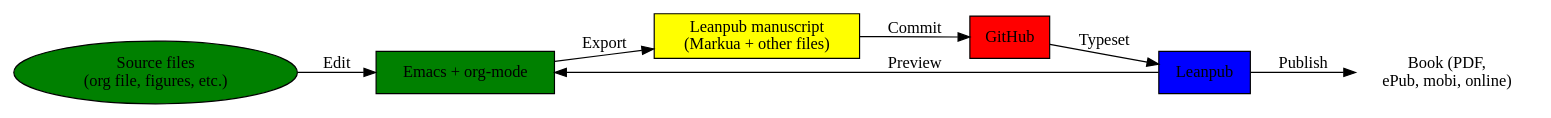
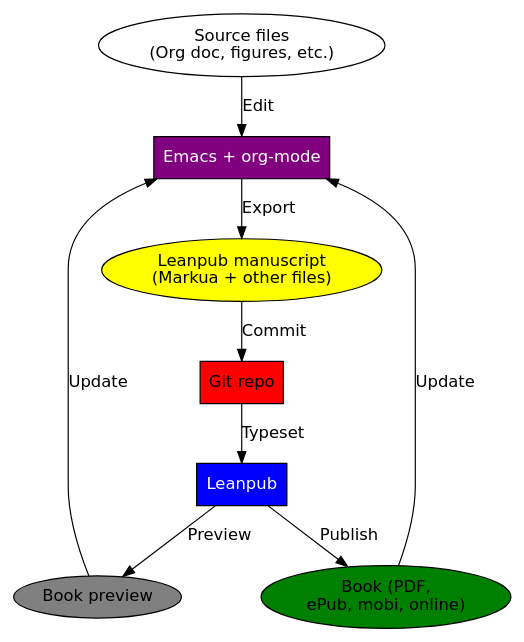
Before and after one commit to zzamboni/emacs-org-leanpub: the diagram in book.org, drawn with Graphviz. The commit also changed other lines of this file and 2 other files, not shown here.

Commit message:
Improved diagram and included its source code
The diagram acts as an excellent example of the power of Org to
evaluate code on the fly. Still not sure whether to leave it here or
move it to an appendix and just add a reference. Let's see how it
comes out in the rendering.

```diff
--- a/book.org
+++ b/book.org
@@ -123,17 +131,28 @@
-#+begin_src dot :file "./images/high-level-workflow.png" :exports results
+#+begin_src dot :file "./images/high-level-workflow.png" :exports both
   digraph {
-     rankdir=LR;
-     files                [label="Source files\n(org file, figures, etc.)", fillcolor=green, style=filled, shape=oval];
-     emacs                [label="Emacs + org-mode", fillcolor=green, style=filled, shape=box];
-     manuscript           [label="Leanpub manuscript\n(Markua + other files)", fillcolor=yellow, style=filled, shape=box];
-     leanpub              [label="Leanpub", fillcolor=blue, style=filled, shape=box];
-     github               [label="GitHub", fillcolor=red, style=filled, shape=box];
-     book                 [label="Book (PDF,\nePub, mobi, online)", shape=none];
-     files -> emacs       [label="Edit"];
-     emacs -> manuscript  [label="Export"];
-     manuscript -> github [label="Commit"];
-     github -> leanpub    [label="Typeset"];
-     leanpub -> book      [label="Publish"];
-     leanpub -> emacs     [label="Preview"];
+     rankdir=TB;
+     node                [fontname="DejaVu Sans"];
+     edge                [fontname="DejaVu Sans"];
+     files               [label="Source files\n(Org doc, figures, etc.)", shape=oval];
+     emacs               [label="Emacs + org-mode",
+                          fillcolor=purple, fontcolor=white, style=filled, shape=box];
+     manuscript          [label="Leanpub manuscript\n(Markua + other files)",
+                          fillcolor=yellow, style=filled, shape=oval];
+     leanpub             [label="Leanpub",
+                          fillcolor=blue, fontcolor=white, style=filled, shape=box];
+     git                 [label="Git repo",
+                          fillcolor=red, style=filled, shape=box];
+     preview             [label="Book preview",
+                          fillcolor=grey, style=filled, shape=oval];
+     book                [label="Book (PDF,\nePub, mobi, online)",
+                          shape=oval, fillcolor=green, style=filled];
+     files -> emacs      [label="Edit"];
+     emacs -> manuscript [label="Export"];
+     manuscript -> git   [label="Commit"];
+     git -> leanpub      [label="Typeset"];
+     leanpub -> book     [label="Publish"];
+     book -> emacs       [label="Update"];
+     leanpub -> preview  [label="Preview"];
+     preview -> emacs    [label="Update"];
   }
 #+end_src
```
